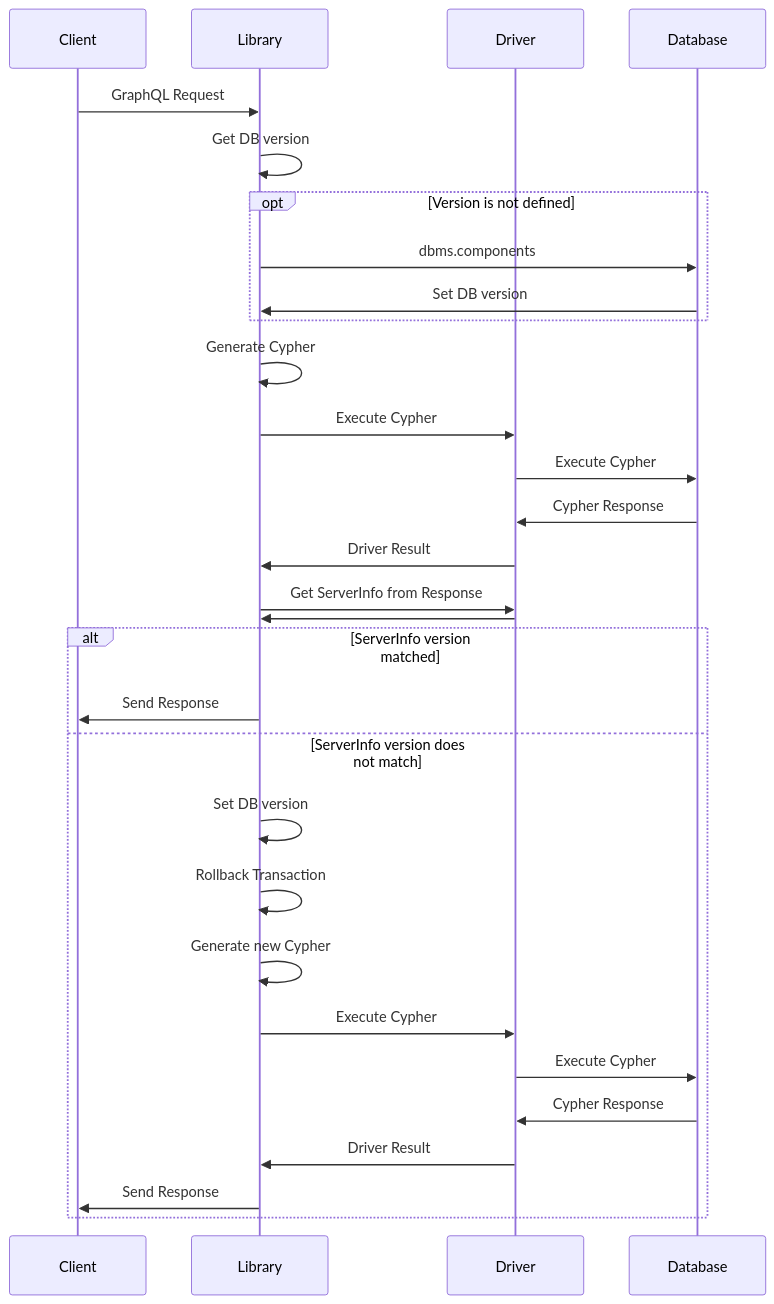
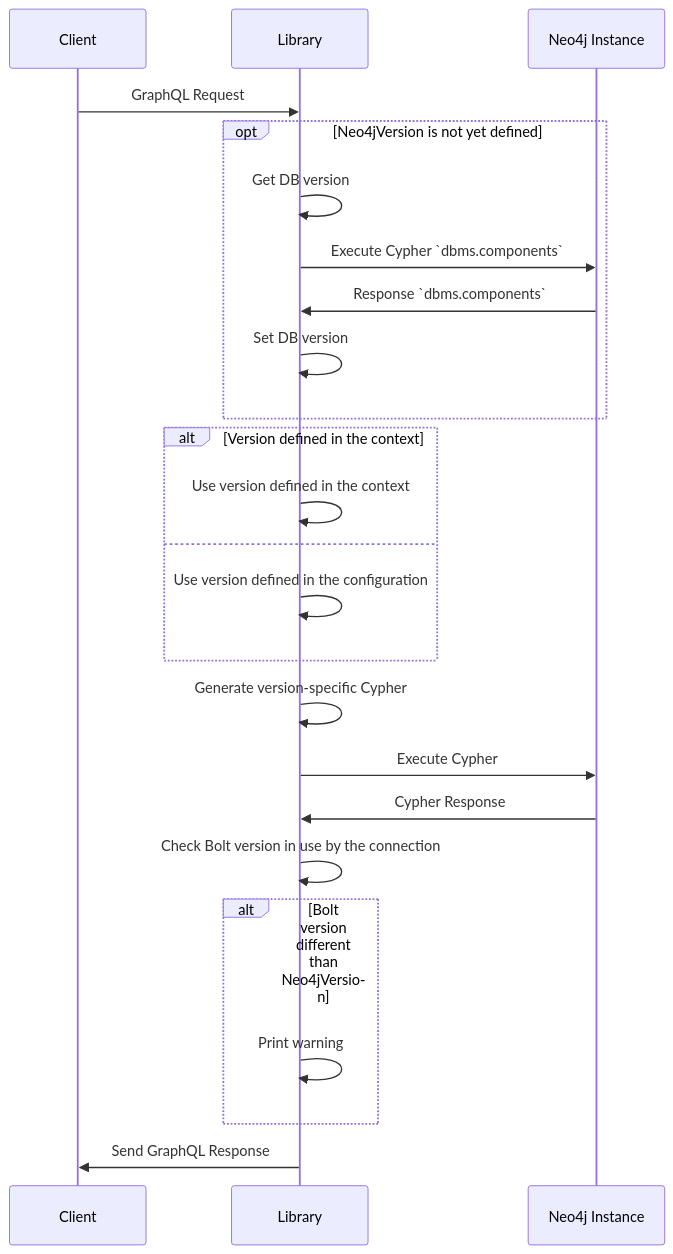
One commit to neo4j/graphql changed the diagram in docs/rfcs/rfc-021-database-info.md. Above: the diagram before and after it, drawn with Mermaid. The commit also changed other lines of this file, not shown here.

````diff
--- a/docs/rfcs/rfc-021-database-info.md
+++ b/docs/rfcs/rfc-021-database-info.md
@@ -51,32 +61,26 @@
 ```mermaid
 sequenceDiagram
     participant Client
     participant Library
-    participant Driver
-    participant Database
+    participant Neo4j Instance
     Client->>Library: GraphQL Request
-    Library->>Library: Get DB version
-    opt Version is not defined
-        Library->>Database: dbms.components
-        Database->>Library: Set DB version
+    opt Neo4jVersion is not yet defined
+        Library->>Library: Get DB version
+        Library->>Neo4j Instance: Execute Cypher `dbms.components`
+        Neo4j Instance->>Library: Response `dbms.components`
+        Library->>Library: Set DB version
     end
-    Library->>Library: Generate Cypher
-    Library->>Driver: Execute Cypher
-    Driver->>Database: Execute Cypher
-    Database->>Driver: Cypher Response
-    Driver->>Library: Driver Result
-    Library->>Driver: Get ServerInfo from Response
-    Driver->>Library: 
-    alt ServerInfo version matched
-        Library->>Client: Send Response
-    else ServerInfo version does not match
-        Library->>Library: Set DB version
-        Library->>Library: Rollback Transaction
-        Library->>Library: Generate new Cypher
-        Library->>Driver: Execute Cypher
-        Driver->>Database: Execute Cypher
-        Database->>Driver: Cypher Response
-        Driver->>Library: Driver Result
-        Library->>Client: Send Response
+    alt Version defined in the context
+        Library->>Library: Use version defined in the context
+    else 
+        Library->>Library: Use version defined in the configuration
     end
+    Library->>Library: Generate version-specific Cypher 
+    Library->>Neo4j Instance: Execute Cypher
+    Neo4j Instance->>Library: Cypher Response
+    Library->>Library: Check Bolt version in use by the connection
+    alt Bolt version different than Neo4jVersion
+        Library->>Library: Print warning
+    end
+    Library->>Client: Send GraphQL Response
 ```
````
